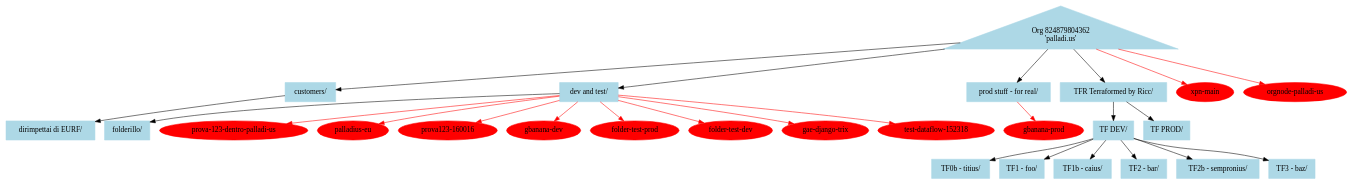
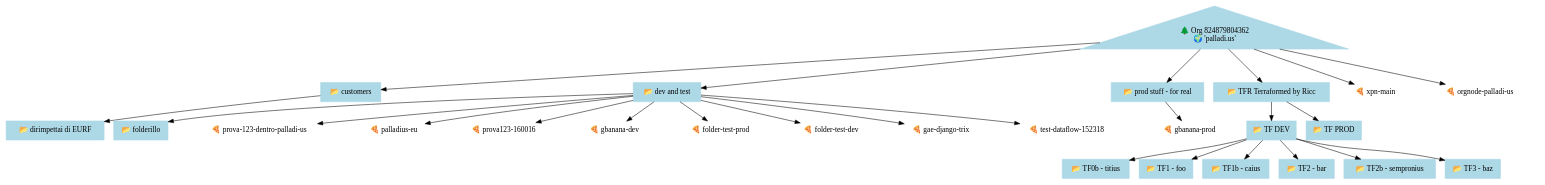
Before and after one commit to palladius/org-folder-projects-graph: the diagram in out/recursive-824879804362.dot, drawn with Graphviz. The commit also changed 3 other files, not shown here.

```diff
--- a/out/recursive-824879804362.dot
+++ b/out/recursive-824879804362.dot
@@ -1,55 +1,55 @@
 digraph 
   {
     node [ color = lightblue, style = "filled" ];
-    "organizations/824879804362" [ label = "Org 824879804362\n'palladi.us'",shape = "triangle" ];
-    "folders/993609995477" [ label = "customers/",shape = "rectangle" ];
-    "folders/885056483479" [ label = "dev and test/",shape = "rectangle" ];
-    "folders/887288965373" [ label = "prod stuff - for real/",shape = "rectangle" ];
-    "folders/510416893777" [ label = "TFR Terraformed by Ricc/",shape = "rectangle" ];
-    "folders/571390668780" [ label = "dirimpettai di EURF/",shape = "rectangle" ];
-    "folders/128544652663" [ label = "folderillo/",shape = "rectangle" ];
-    "folders/93350088776" [ label = "TF DEV/",shape = "rectangle" ];
-    "folders/723110142384" [ label = "TF0b - titius/",shape = "rectangle" ];
-    "folders/454527359325" [ label = "TF1 - foo/",shape = "rectangle" ];
-    "folders/1026736501110" [ label = "TF1b - caius/",shape = "rectangle" ];
-    "folders/403965627320" [ label = "TF2 - bar/",shape = "rectangle" ];
-    "folders/802144187596" [ label = "TF2b - sempronius/",shape = "rectangle" ];
-    "folders/986862742068" [ label = "TF3 - baz/",shape = "rectangle" ];
-    "folders/99919748229" [ label = "TF PROD/",shape = "rectangle" ];
-    "projects/398198244705" [ label = "xpn-main",color = red ];
-    "projects/704861684515" [ label = "orgnode-palladi-us",color = red ];
-    "projects/237925736669" [ label = "prova-123-dentro-palladi-us",color = red ];
-    "projects/177178925177" [ label = "palladius-eu",color = red ];
-    "projects/262470358174" [ label = "prova123-160016",color = red ];
-    "projects/150202633473" [ label = "gbanana-dev",color = red ];
-    "projects/1025012666423" [ label = "folder-test-prod",color = red ];
-    "projects/351173986048" [ label = "folder-test-dev",color = red ];
-    "projects/520622310274" [ label = "gae-django-trix",color = red ];
-    "projects/831136101005" [ label = "test-dataflow-152318",color = red ];
-    "projects/626662139195" [ label = "gbanana-prod",color = red ];
+    "organizations/824879804362" [ label = "🌲 Org 824879804362\n🌍 'palladi.us'",shape = "triangle" ];
+    "folders/993609995477" [ label = "📂 customers",shape = "rectangle" ];
+    "folders/885056483479" [ label = "📂 dev and test",shape = "rectangle" ];
+    "folders/887288965373" [ label = "📂 prod stuff - for real",shape = "rectangle" ];
+    "folders/510416893777" [ label = "📂 TFR Terraformed by Ricc",shape = "rectangle" ];
+    "folders/571390668780" [ label = "📂 dirimpettai di EURF",shape = "rectangle" ];
+    "folders/128544652663" [ label = "📂 folderillo",shape = "rectangle" ];
+    "folders/93350088776" [ label = "📂 TF DEV",shape = "rectangle" ];
+    "folders/723110142384" [ label = "📂 TF0b - titius",shape = "rectangle" ];
+    "folders/454527359325" [ label = "📂 TF1 - foo",shape = "rectangle" ];
+    "folders/1026736501110" [ label = "📂 TF1b - caius",shape = "rectangle" ];
+    "folders/403965627320" [ label = "📂 TF2 - bar",shape = "rectangle" ];
+    "folders/802144187596" [ label = "📂 TF2b - sempronius",shape = "rectangle" ];
+    "folders/986862742068" [ label = "📂 TF3 - baz",shape = "rectangle" ];
+    "folders/99919748229" [ label = "📂 TF PROD",shape = "rectangle" ];
+    "projects/398198244705" [ label = "🍕 xpn-main",color = white ];
+    "projects/704861684515" [ label = "🍕 orgnode-palladi-us",color = white ];
+    "projects/237925736669" [ label = "🍕 prova-123-dentro-palladi-us",color = white ];
+    "projects/177178925177" [ label = "🍕 palladius-eu",color = white ];
+    "projects/262470358174" [ label = "🍕 prova123-160016",color = white ];
+    "projects/150202633473" [ label = "🍕 gbanana-dev",color = white ];
+    "projects/1025012666423" [ label = "🍕 folder-test-prod",color = white ];
+    "projects/351173986048" [ label = "🍕 folder-test-dev",color = white ];
+    "projects/520622310274" [ label = "🍕 gae-django-trix",color = white ];
+    "projects/831136101005" [ label = "🍕 test-dataflow-152318",color = white ];
+    "projects/626662139195" [ label = "🍕 gbanana-prod",color = white ];
     "organizations/824879804362" -> "folders/993609995477";
     "organizations/824879804362" -> "folders/885056483479";
     "organizations/824879804362" -> "folders/887288965373";
     "organizations/824879804362" -> "folders/510416893777";
     "folders/993609995477" -> "folders/571390668780";
     "folders/885056483479" -> "folders/128544652663";
     "folders/510416893777" -> "folders/93350088776";
     "folders/93350088776" -> "folders/723110142384";
     "folders/93350088776" -> "folders/454527359325";
     "folders/93350088776" -> "folders/1026736501110";
     "folders/93350088776" -> "folders/403965627320";
     "folders/93350088776" -> "folders/802144187596";
     "folders/93350088776" -> "folders/986862742068";
     "folders/510416893777" -> "folders/99919748229";
-    "organizations/824879804362" -> "projects/398198244705" [ color = red          ];
-    "organizations/824879804362" -> "projects/704861684515" [ color = red          ];
-    "folders/885056483479" -> "projects/237925736669" [ color = red          ];
-    "folders/885056483479" -> "projects/177178925177" [ color = red          ];
-    "folders/885056483479" -> "projects/262470358174" [ color = red          ];
-    "folders/885056483479" -> "projects/150202633473" [ color = red          ];
-    "folders/885056483479" -> "projects/1025012666423" [ color = red          ];
-    "folders/885056483479" -> "projects/351173986048" [ color = red          ];
-    "folders/885056483479" -> "projects/520622310274" [ color = red          ];
-    "folders/885056483479" -> "projects/831136101005" [ color = red          ];
-    "folders/887288965373" -> "projects/626662139195" [ color = red          ];
+    "organizations/824879804362" -> "projects/398198244705";
+    "organizations/824879804362" -> "projects/704861684515";
+    "folders/885056483479" -> "projects/237925736669";
+    "folders/885056483479" -> "projects/177178925177";
+    "folders/885056483479" -> "projects/262470358174";
+    "folders/885056483479" -> "projects/150202633473";
+    "folders/885056483479" -> "projects/1025012666423";
+    "folders/885056483479" -> "projects/351173986048";
+    "folders/885056483479" -> "projects/520622310274";
+    "folders/885056483479" -> "projects/831136101005";
+    "folders/887288965373" -> "projects/626662139195";
   }
```
